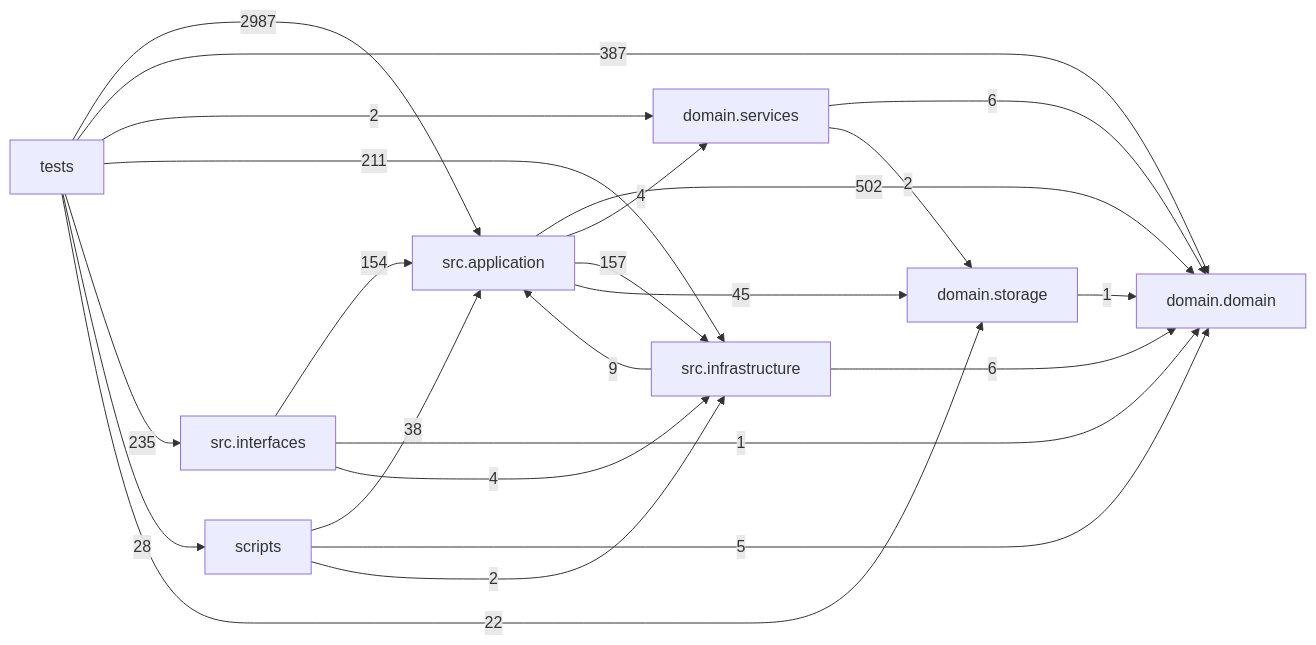
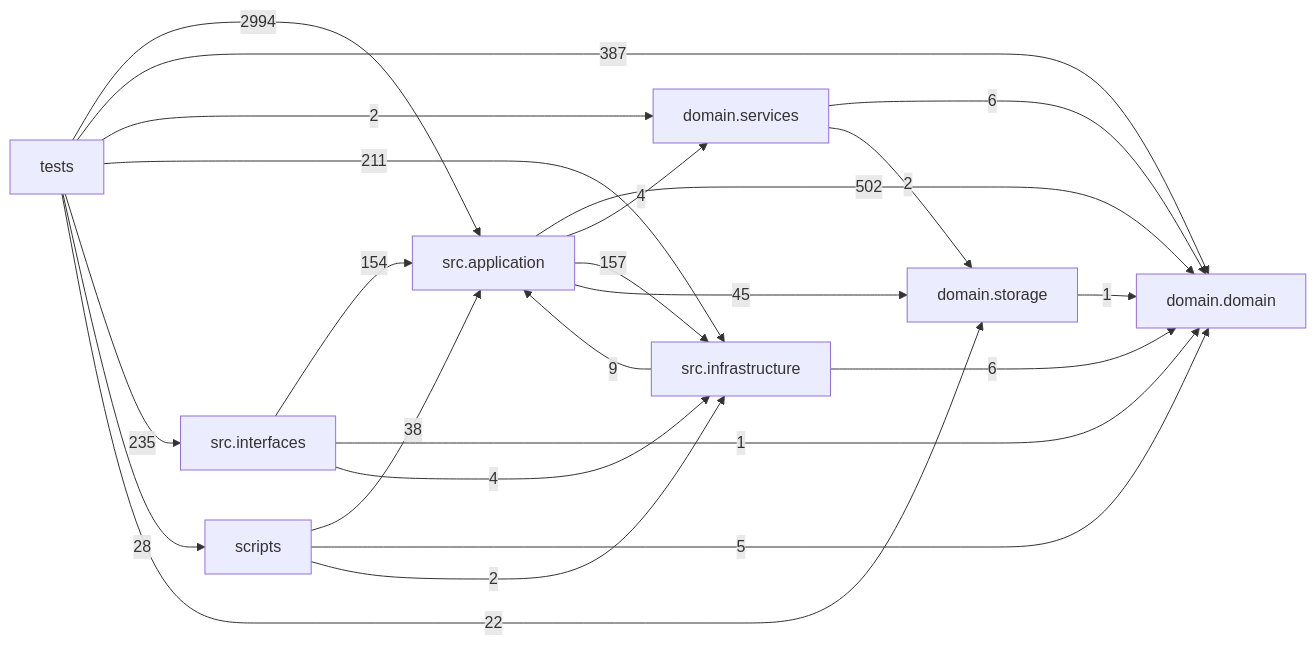
One commit to liuxie066/options-monitor changed the diagram in docs/DEPENDENCY_GRAPH.md. Above: the diagram before and after it, drawn with Mermaid. The commit also changed other lines of this file and 7 other files, not shown here.

````diff
--- a/docs/DEPENDENCY_GRAPH.md
+++ b/docs/DEPENDENCY_GRAPH.md
@@ -24,33 +24,33 @@
 ```mermaid
 flowchart LR
   tests["tests"]
   scripts["scripts"]
   interfaces["src.interfaces"]
   application["src.application"]
   infrastructure["src.infrastructure"]
   domain_services["domain.services"]
   domain["domain.domain"]
   storage["domain.storage"]
   application -->|502| domain
   application -->|4| domain_services
   application -->|157| infrastructure
   application -->|45| storage
   domain_services -->|6| domain
   domain_services -->|2| storage
   infrastructure -->|9| application
   infrastructure -->|6| domain
   interfaces -->|154| application
   interfaces -->|1| domain
   interfaces -->|4| infrastructure
   scripts -->|38| application
   scripts -->|5| domain
   scripts -->|2| infrastructure
   storage -->|1| domain
-  tests -->|2987| application
+  tests -->|2994| application
   tests -->|387| domain
   tests -->|2| domain_services
   tests -->|211| infrastructure
   tests -->|235| interfaces
   tests -->|28| scripts
   tests -->|22| storage
 ```
````
